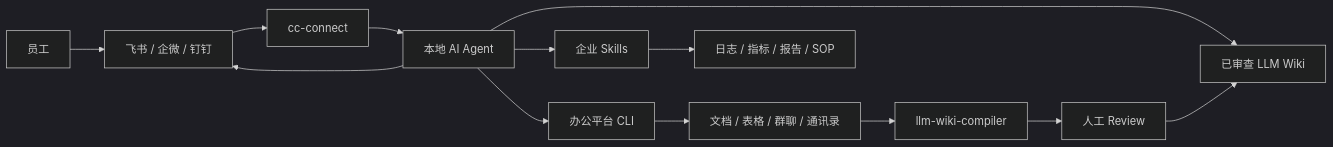
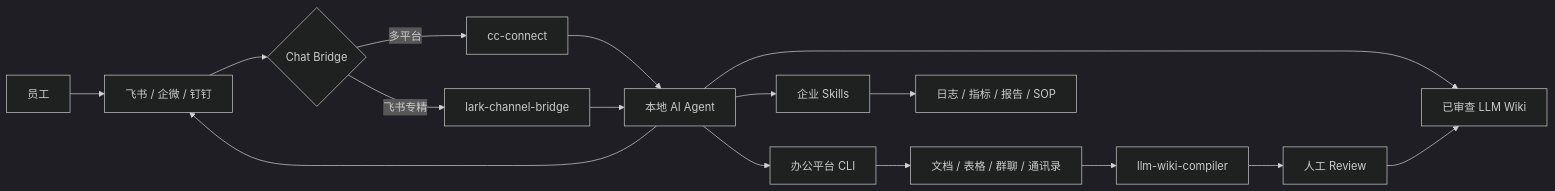
Before and after one commit to eddiearc/fde-kit: the diagram in README.md, drawn with Mermaid (dark theme). The commit also changed other lines of this file and 1 other file, not shown here.

First line of the commit message:
feat: add lark-channel-bridge as Feishu-native Chat Bridge option

````diff
--- a/README.md
+++ b/README.md
@@ -11,15 +11,18 @@
 ```mermaid
 flowchart LR
   User[员工] --> Chat[飞书 / 企微 / 钉钉]
-  Chat --> Bridge[cc-connect]
-  Bridge --> Agent[本地 AI Agent]
+  Chat --> Bridge{Chat Bridge}
+  Bridge -->|多平台| cc[cc-connect]
+  Bridge -->|飞书专精| lark[lark-channel-bridge]
+  cc --> Agent[本地 AI Agent]
+  lark --> Agent
   Agent --> Platform[办公平台 CLI]
   Agent --> Wiki[已审查 LLM Wiki]
   Agent --> Skills[企业 Skills]
   Platform --> Data[文档 / 表格 / 群聊 / 通讯录]
   Data --> Compiler[llm-wiki-compiler]
   Compiler --> Review[人工 Review]
   Review --> Wiki
   Skills --> Workflow[日志 / 指标 / 报告 / SOP]
   Agent --> Chat
 ```
````
